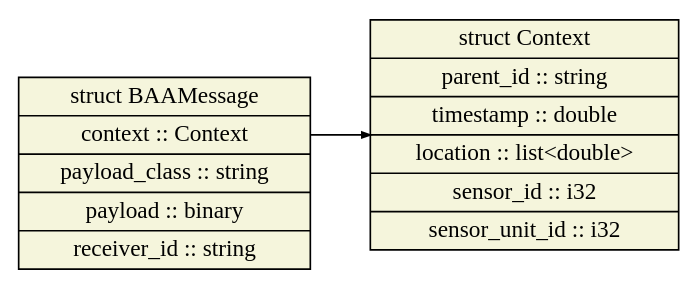
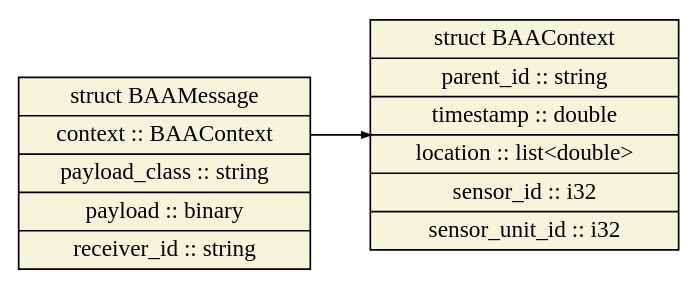
Before and after one commit to jkwong80/baa_messages: the diagram in docs/core.gv, drawn with Graphviz. The commit also changed 14 other files, not shown here.

Commit message:
Updating Schema and unit tests to match Updating thrift compiler and adding graphviz dep to setup.sh

```diff
--- a/docs/core.gv
+++ b/docs/core.gv
@@ -1,10 +1,10 @@
 digraph "core" {
 node [style=filled, shape=record];
 edge [arrowsize=0.5];
 rankdir=LR
 node [fillcolor=beige];
-Context [label="struct Context|<field_parent_id>parent_id :: string|<field_timestamp>timestamp :: double|<field_location>location :: list\<double\>|<field_sensor_id>sensor_id :: i32|<field_sensor_unit_id>sensor_unit_id :: i32"];
+BAAContext [label="struct BAAContext|<field_parent_id>parent_id :: string|<field_timestamp>timestamp :: double|<field_location>location :: list\<double\>|<field_sensor_id>sensor_id :: i32|<field_sensor_unit_id>sensor_unit_id :: i32"];
 node [fillcolor=beige];
-BAAMessage [label="struct BAAMessage|<field_context>context :: Context|<field_payload_class>payload_class :: string|<field_payload>payload :: binary|<field_receiver_id>receiver_id :: string"];
-BAAMessage:field_context -> Context
+BAAMessage [label="struct BAAMessage|<field_context>context :: BAAContext|<field_payload_class>payload_class :: string|<field_payload>payload :: binary|<field_receiver_id>receiver_id :: string"];
+BAAMessage:field_context -> BAAContext
 }
```
